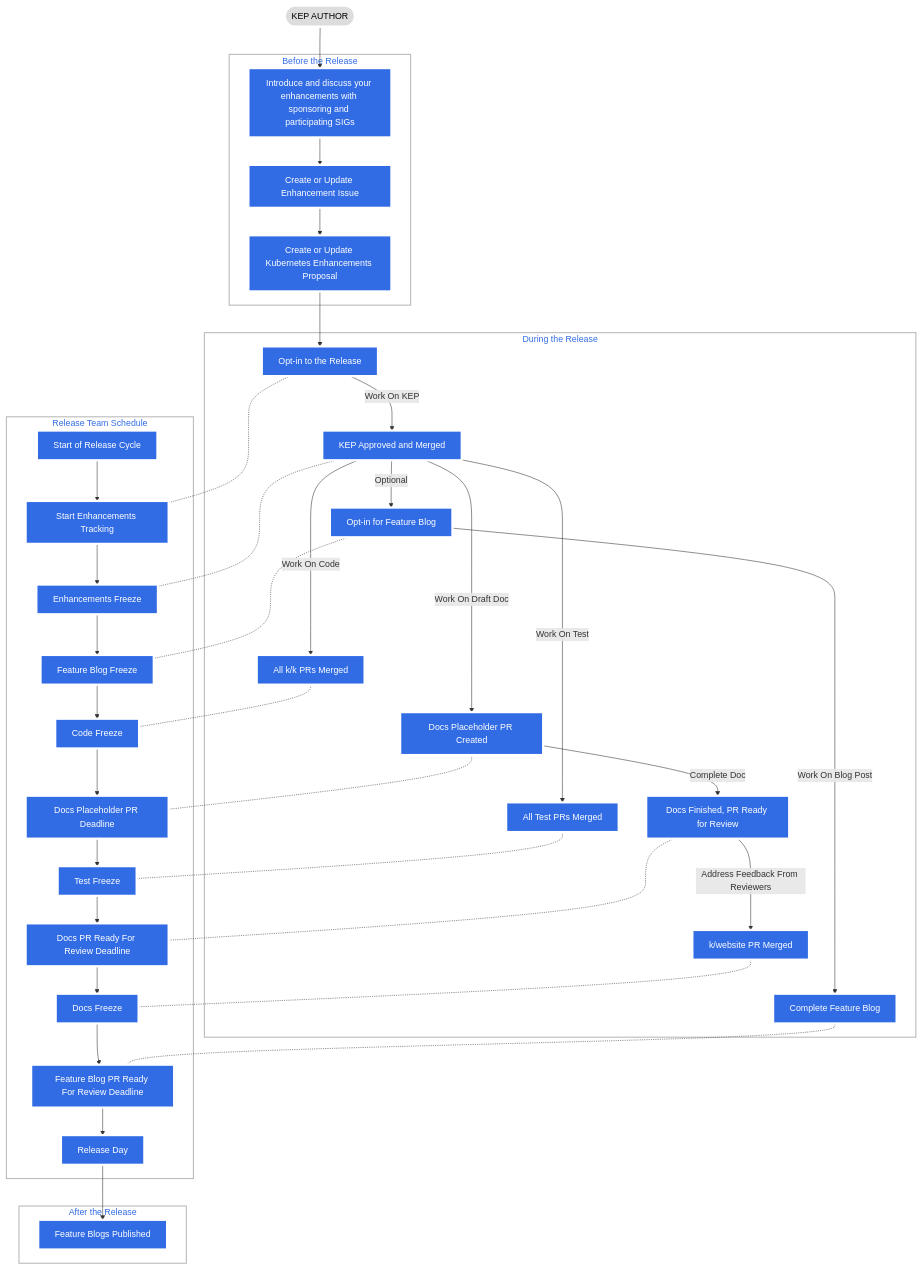
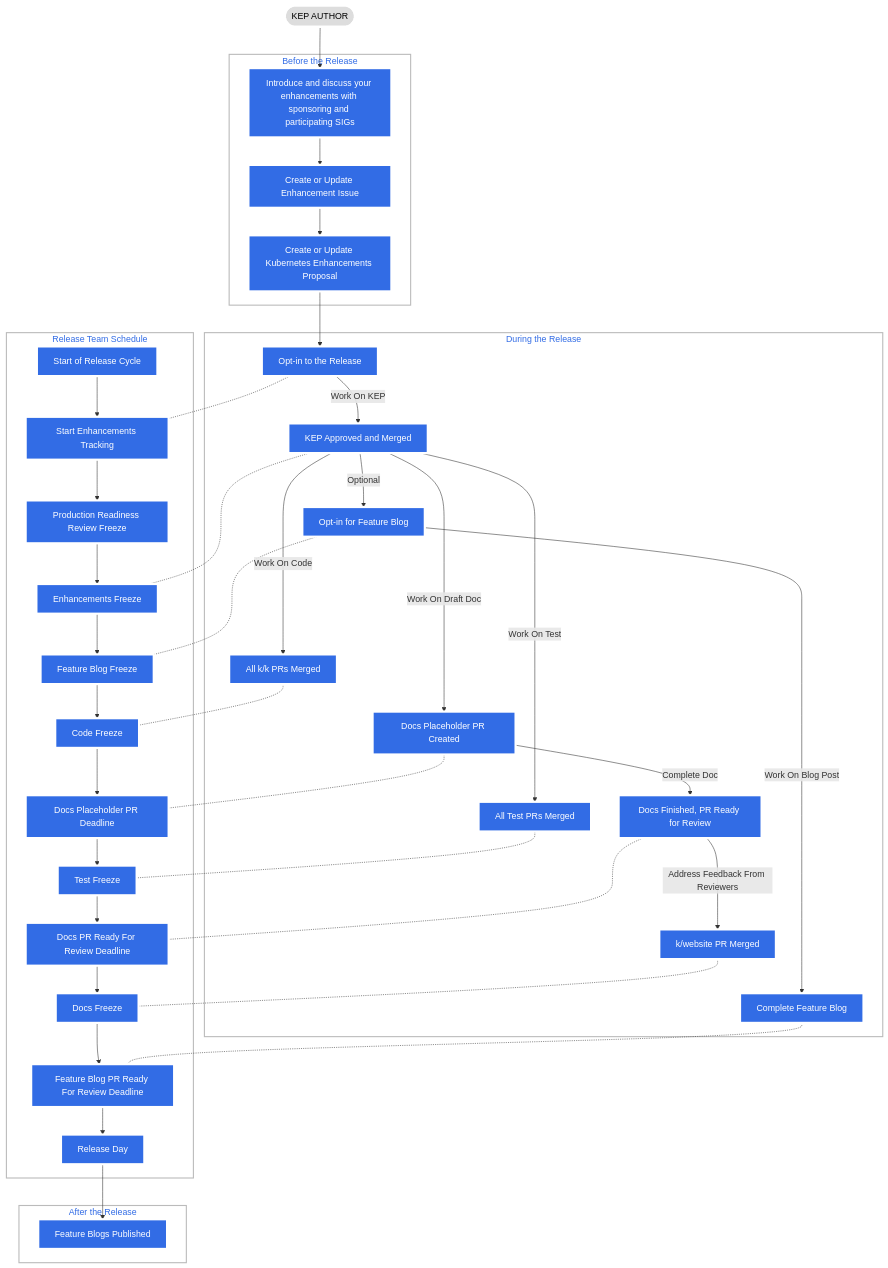
The second of 2 diagrams in release-team/README.md (kubernetes/sig-release), drawn with Mermaid before and after one commit. The commit also changed other lines of this file, not shown here.

````diff
--- a/release-team/README.md
+++ b/release-team/README.md
@@ -244,6 +242,7 @@
     subgraph Release Team Schedule
         START[Start of Release Cycle]
         START_ENHANCEMENTS_TRACKING[Start Enhancements Tracking]
+        PRR_FREEZE[Production Readiness Review Freeze]
         ENHANCEMENTS_FREEZE[Enhancements Freeze]
         FEATURE_BLOG_FREEZE[Feature Blog Freeze]
         CODE_FREEZE[Code Freeze]
@@ -255,7 +254,8 @@
         END[Release Day]
 
         START --> START_ENHANCEMENTS_TRACKING
-        START_ENHANCEMENTS_TRACKING --> ENHANCEMENTS_FREEZE
+        START_ENHANCEMENTS_TRACKING --> PRR_FREEZE
+        PRR_FREEZE --> ENHANCEMENTS_FREEZE
         ENHANCEMENTS_FREEZE --> FEATURE_BLOG_FREEZE
         FEATURE_BLOG_FREEZE --> CODE_FREEZE
         CODE_FREEZE --> DOCS_PLACEHOLDER_FREEZE
@@ -321,7 +321,7 @@
     classDef plain fill:#ddd,stroke:#fff,stroke-width:4px,color:#000;
     classDef k8s fill:#326ce5,stroke:#fff,stroke-width:4px,color:#fff;
     class KEP_AUTHOR plain;
-    class START,ENHANCEMENTS_FREEZE,FEATURE_BLOG_FREEZE,CODE_FREEZE,DOCS_PLACEHOLDER_FREEZE,TEST_FREEZE,START_ENHANCEMENTS_TRACKING,DOCS_READY_FOR_REVIEW,FEATURE_BLOG_READY_FOR_REVIEW,DOCS_FREEZE,END,FEATURE_BLOG_PUBLISHED k8s;
+    class START,PRR_FREEZE,ENHANCEMENTS_FREEZE,FEATURE_BLOG_FREEZE,CODE_FREEZE,DOCS_PLACEHOLDER_FREEZE,TEST_FREEZE,START_ENHANCEMENTS_TRACKING,DOCS_READY_FOR_REVIEW,FEATURE_BLOG_READY_FOR_REVIEW,DOCS_FREEZE,END,FEATURE_BLOG_PUBLISHED k8s;
     class DISCUSS,ISSUE,KEP k8s;
     class OPT_IN,KEP_DONE,CODE_COMPLETE,TEST_COMPLETE,DOCS_PLACEHOLDER_COMPLETE,DOCS_READY_TO_REVIEW_COMPLETE,DOCS_COMPLETE,FEATURE_BLOG_OPT_IN,FEATURE_BLOG_POST_COMPLETE k8s;
 ```
````
